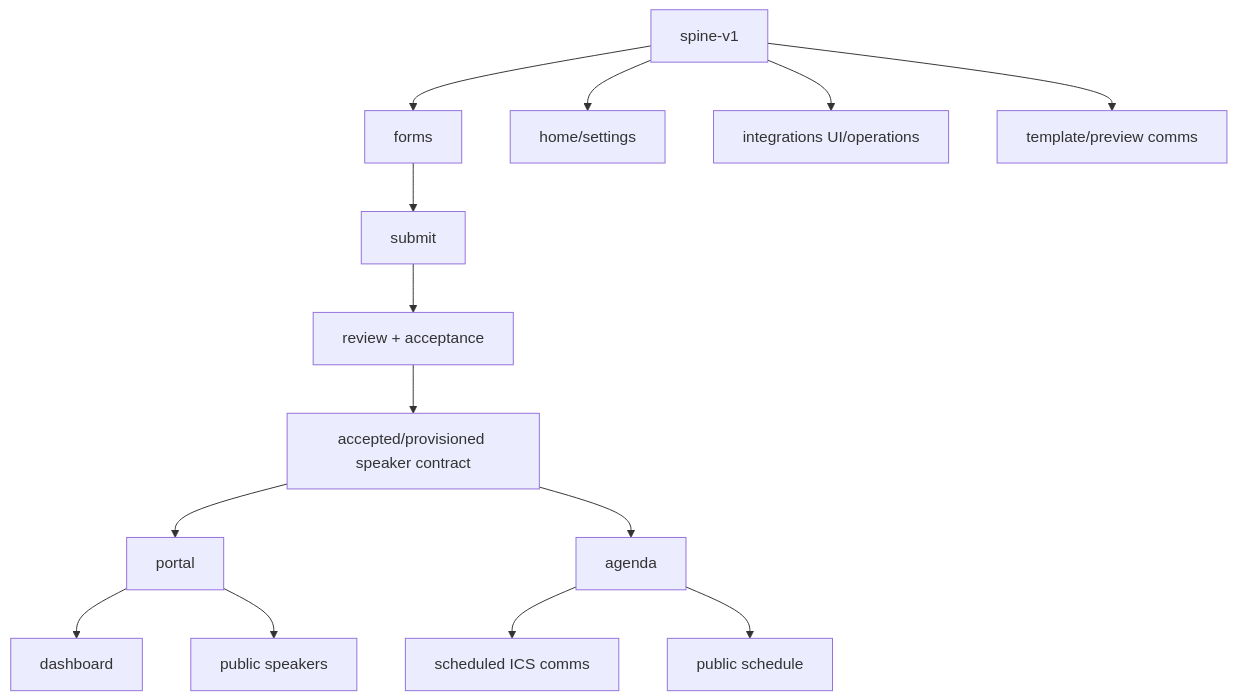
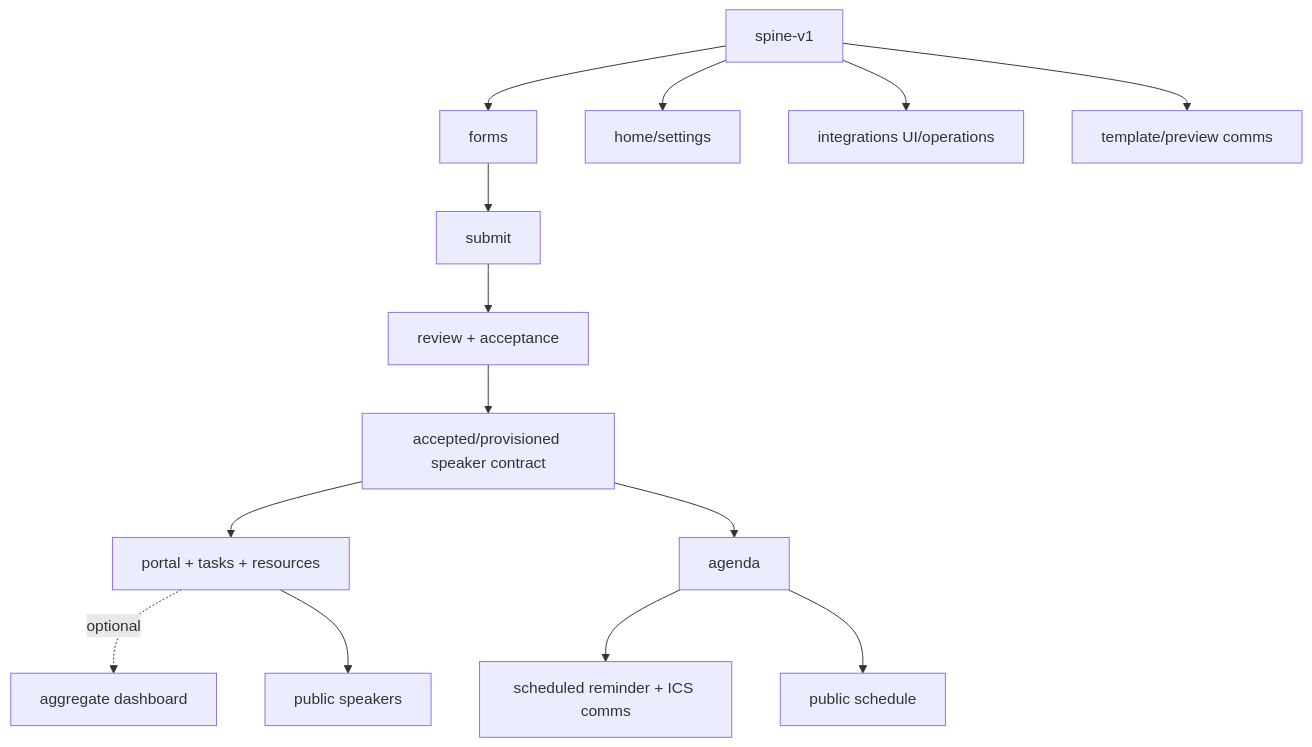
One commit to jpoehnelt/session-party changed the second of 2 diagrams in PLAN.md. Above: the diagram before and after it, drawn with Mermaid. The commit also changed other lines of this file, not shown here.

````diff
--- a/PLAN.md
+++ b/PLAN.md
@@ -568,16 +581,16 @@
 ```mermaid
 flowchart TD
   SPINE[spine-v1] --> FORMS[forms]
   FORMS --> SUBMIT[submit]
   SUBMIT --> REVIEW[review + acceptance]
   REVIEW --> ACCEPT[accepted/provisioned speaker contract]
-  ACCEPT --> PORTAL[portal]
+  ACCEPT --> PORTAL[portal + tasks + resources]
   ACCEPT --> AGENDA[agenda]
-  PORTAL --> DASH[dashboard]
-  AGENDA --> ICS[scheduled ICS comms]
+  PORTAL -. optional .-> DASH[aggregate dashboard]
+  AGENDA --> ICS[scheduled reminder + ICS comms]
   PORTAL --> EMBED[public speakers]
   AGENDA --> EMBED2[public schedule]
   SPINE --> HOME[home/settings]
   SPINE --> INTEG[integrations UI/operations]
   SPINE --> COMMS0[template/preview comms]
 ```
````
